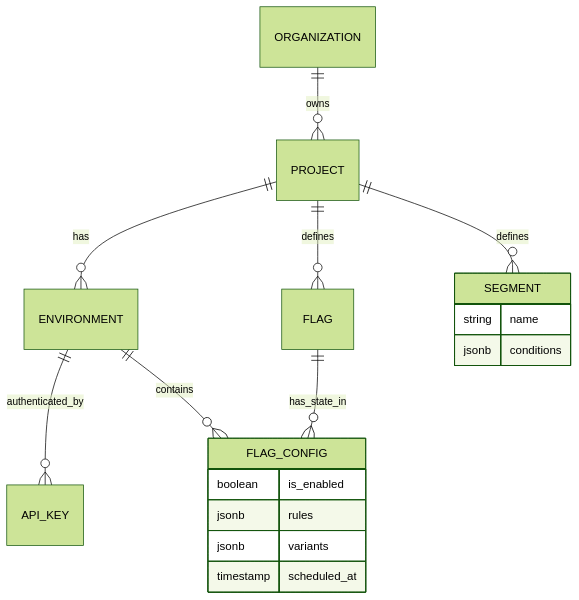
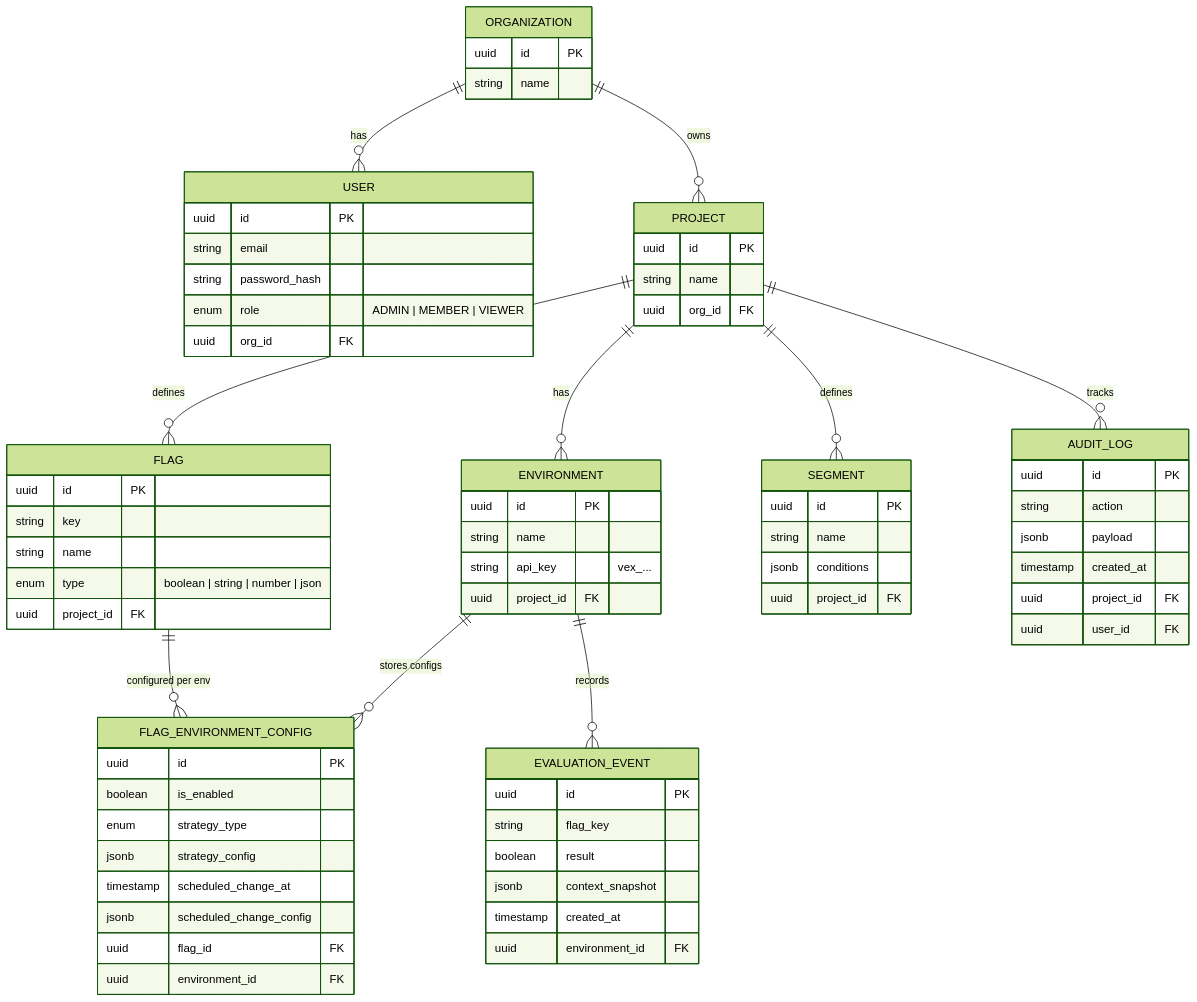
One commit to AbhishekKhot/Vexil changed the fourth of 5 diagrams in README.md. Above: the diagram before and after it, drawn with Mermaid (forest theme). The commit also changed other lines of this file and 225 other files, not shown here.

````diff
--- a/README.md
+++ b/README.md
@@ -375,24 +162,74 @@
 ```mermaid
 erDiagram
+    ORGANIZATION {
+        uuid id PK
+        string name
+    }
+    USER {
+        uuid id PK
+        string email
+        string password_hash
+        enum role "ADMIN | MEMBER | VIEWER"
+        uuid org_id FK
+    }
+    PROJECT {
+        uuid id PK
+        string name
+        uuid org_id FK
+    }
+    ENVIRONMENT {
+        uuid id PK
+        string name
+        string api_key "vex_..."
+        uuid project_id FK
+    }
+    FLAG {
+        uuid id PK
+        string key
+        string name
+        enum type "boolean | string | number | json"
+        uuid project_id FK
+    }
+    FLAG_ENVIRONMENT_CONFIG {
+        uuid id PK
+        boolean is_enabled
+        enum strategy_type
+        jsonb strategy_config
+        timestamp scheduled_change_at
+        jsonb scheduled_change_config
+        uuid flag_id FK
+        uuid environment_id FK
+    }
+    SEGMENT {
+        uuid id PK
+        string name
+        jsonb conditions
+        uuid project_id FK
+    }
+    EVALUATION_EVENT {
+        uuid id PK
+        string flag_key
+        boolean result
+        jsonb context_snapshot
+        timestamp created_at
+        uuid environment_id FK
+    }
+    AUDIT_LOG {
+        uuid id PK
+        string action
+        jsonb payload
+        timestamp created_at
+        uuid project_id FK
+        uuid user_id FK
+    }
+
+    ORGANIZATION ||--o{ USER : has
     ORGANIZATION ||--o{ PROJECT : owns
     PROJECT ||--o{ ENVIRONMENT : has
     PROJECT ||--o{ FLAG : defines
-    
-    ENVIRONMENT ||--o{ API_KEY : authenticated_by
-    
-    FLAG ||--o{ FLAG_CONFIG : has_state_in
-    ENVIRONMENT ||--o{ FLAG_CONFIG : contains
-    
-    FLAG_CONFIG {
-        boolean is_enabled
-        jsonb rules
-        jsonb variants
-        timestamp scheduled_at
-    }
-
     PROJECT ||--o{ SEGMENT : defines
-    SEGMENT {
-        string name
-        jsonb conditions
-    }
+    PROJECT ||--o{ AUDIT_LOG : tracks
+    FLAG ||--o{ FLAG_ENVIRONMENT_CONFIG : "configured per env"
+    ENVIRONMENT ||--o{ FLAG_ENVIRONMENT_CONFIG : "stores configs"
+    ENVIRONMENT ||--o{ EVALUATION_EVENT : records
 ```
````
